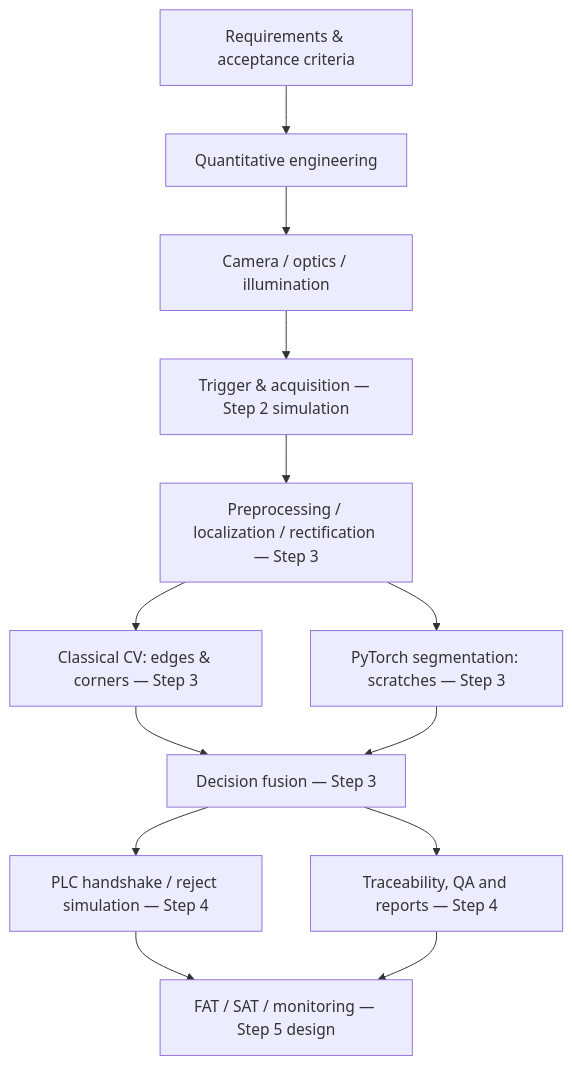
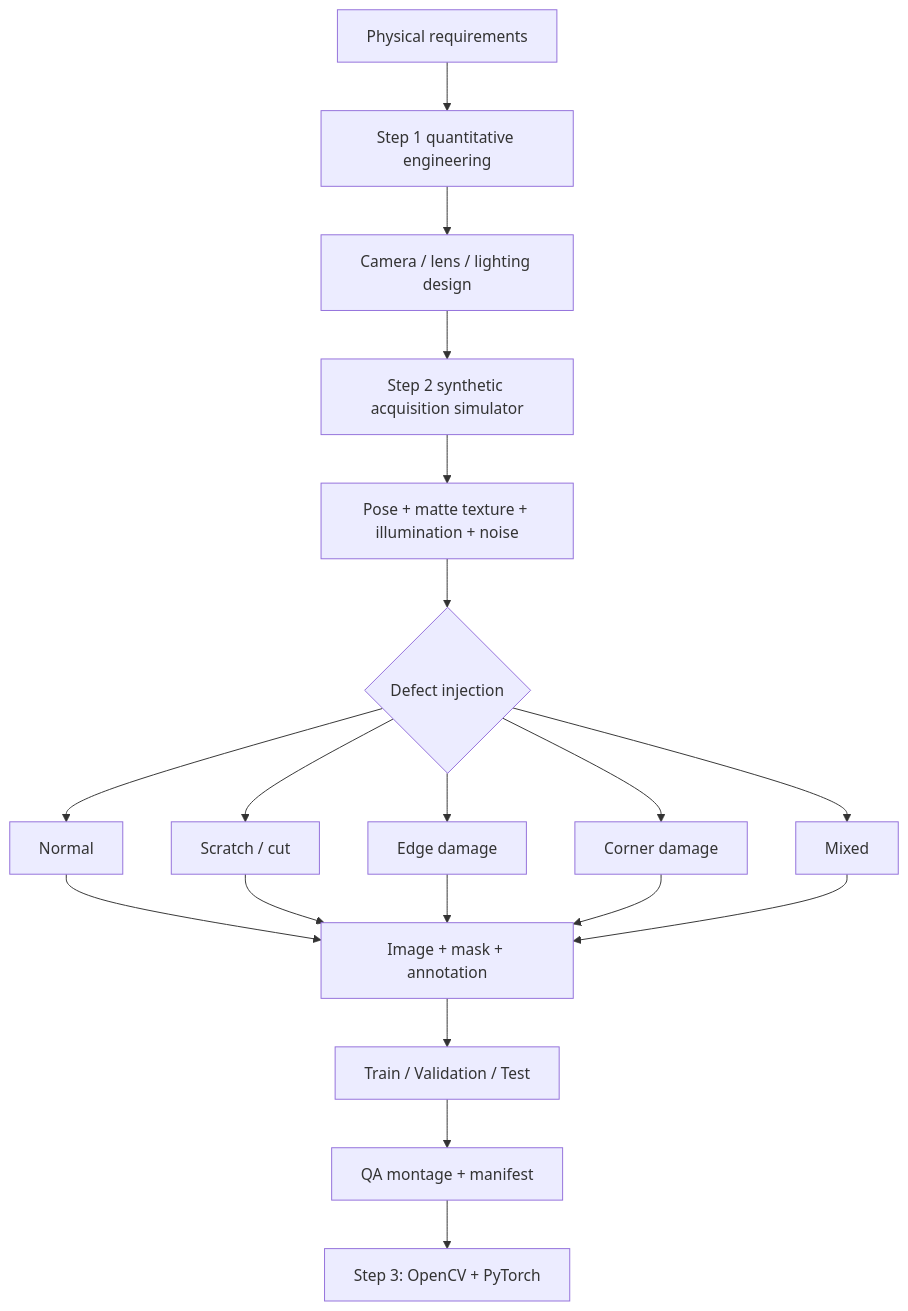
The diagram in docs/architecture.md (mghazel2030/mghazel--end-to-end-machine-vision-system-poc-), drawn with Mermaid before and after one commit. The commit also changed other lines of this file and 24 other files, not shown here.

Commit message:
feat(02): add reproducible synthetic defect dataset pipeline

````diff
--- a/docs/architecture.md
+++ b/docs/architecture.md
@@ -3,15 +3,21 @@
 ```mermaid
 flowchart TD
-  A[Requirements & acceptance criteria] --> B[Quantitative engineering]
-  B --> C[Camera / optics / illumination]
-  C --> D[Trigger & acquisition — Step 2 simulation]
-  D --> E[Preprocessing / localization / rectification — Step 3]
-  E --> F[Classical CV: edges & corners — Step 3]
-  E --> G[PyTorch segmentation: scratches — Step 3]
-  F --> H[Decision fusion — Step 3]
-  G --> H
-  H --> I[PLC handshake / reject simulation — Step 4]
-  H --> J[Traceability, QA and reports — Step 4]
-  I --> K[FAT / SAT / monitoring — Step 5 design]
-  J --> K
+ A[Physical requirements] --> B[Step 1 quantitative engineering]
+ B --> C[Camera / lens / lighting design]
+ C --> D[Step 2 synthetic acquisition simulator]
+ D --> E[Pose + matte texture + illumination + noise]
+ E --> F{Defect injection}
+ F --> G[Normal]
+ F --> H[Scratch / cut]
+ F --> I[Edge damage]
+ F --> J[Corner damage]
+ F --> K[Mixed]
+ G --> L[Image + mask + annotation]
+ H --> L
+ I --> L
+ J --> L
+ K --> L
+ L --> M[Train / Validation / Test]
+ M --> N[QA montage + manifest]
+ N --> O[Step 3: OpenCV + PyTorch]
 ```
````
